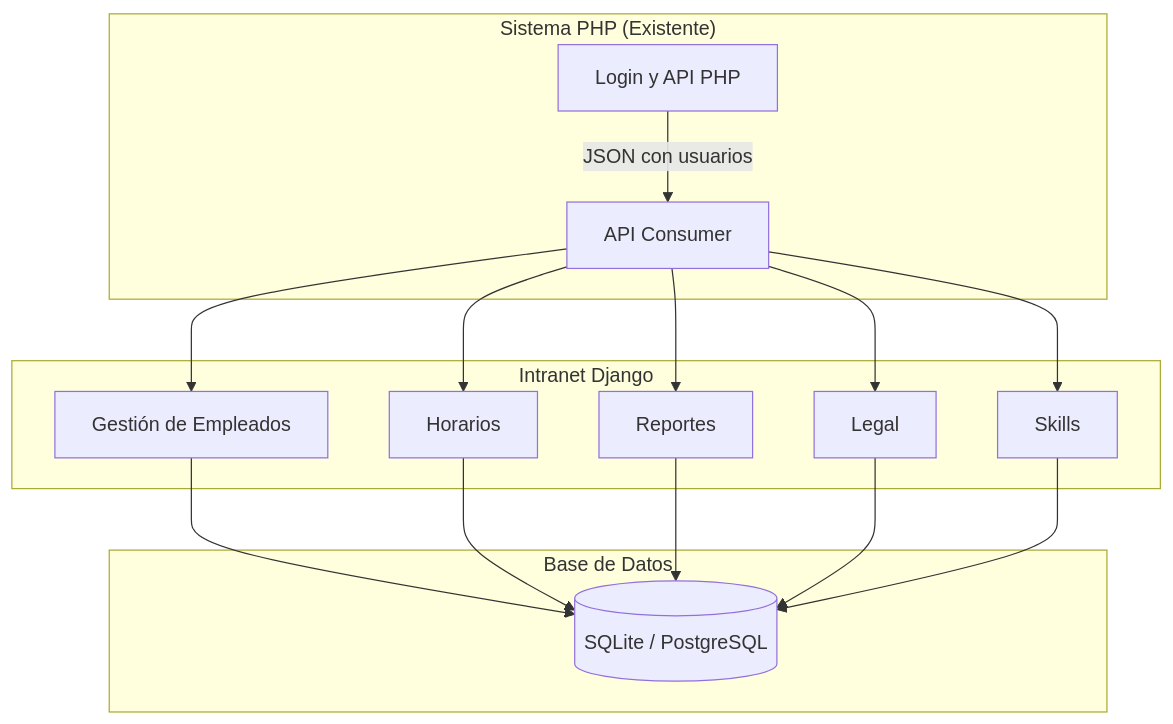
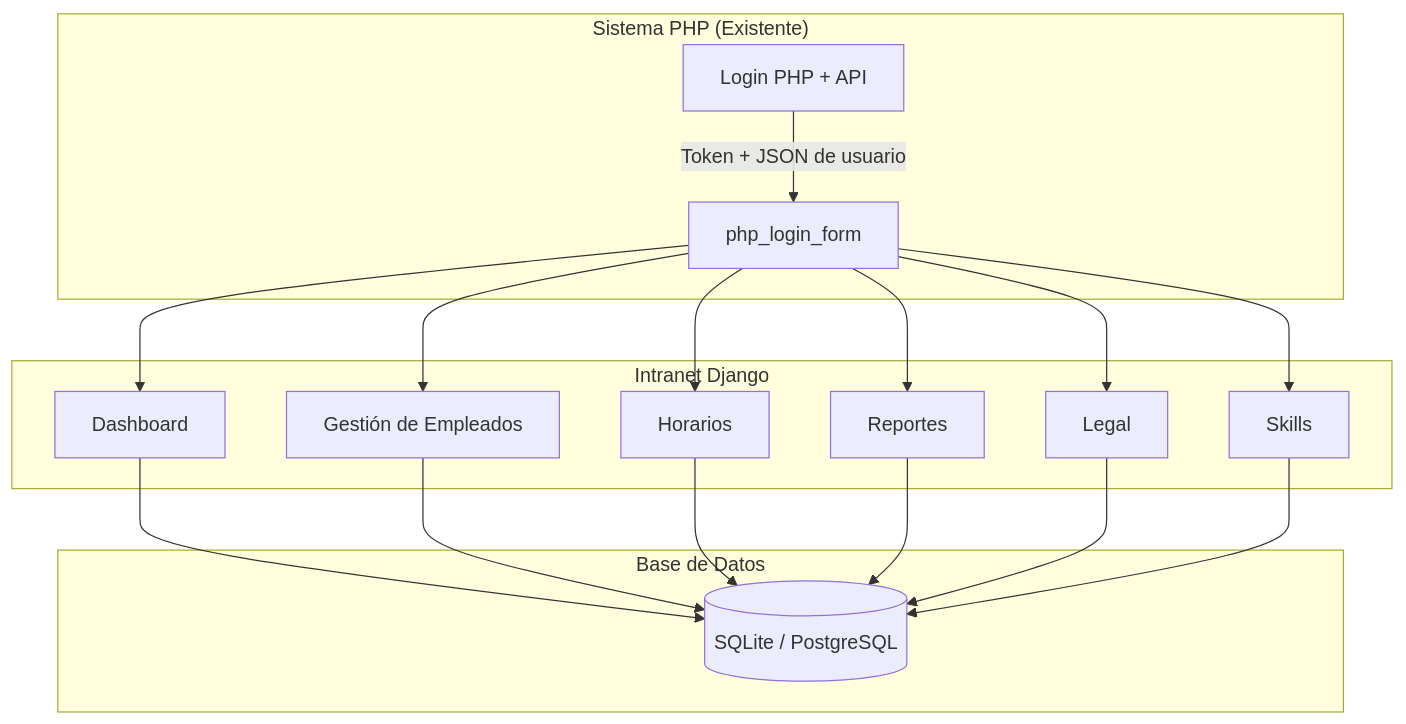
The diagram in README.md (giancarlovilch/HDES), drawn with Mermaid before and after one commit. The commit also changed other lines of this file and 30 other files, not shown here.

````diff
--- a/README.md
+++ b/README.md
@@ -67,25 +214,26 @@
 ```mermaid
 flowchart TD
     subgraph "Sistema PHP (Existente)"
-        A[Login y API PHP] -->|JSON con usuarios| B
+        A[Login PHP + API] -->|Token + JSON de usuario| B
     end
 
     subgraph "Intranet Django"
-        B[API Consumer] --> C[Gestión de Empleados]
-        B --> D[Horarios]
-        B --> E[Reportes]
-        B --> F[Legal]
-        B --> G[Skills]
+        B[php_login_form] --> C[Dashboard]
+        B --> D[Gestión de Empleados]
+        B --> E[Horarios]
+        B --> F[Reportes]
+        B --> G[Legal]
+        B --> H[Skills]
     end
 
     subgraph "Base de Datos"
-        H[(SQLite / PostgreSQL)]
+        I[(SQLite / PostgreSQL)]
     end
 
-    C --> H
-    D --> H
-    E --> H
-    F --> H
-    G --> H
-
+    C --> I
+    D --> I
+    E --> I
+    F --> I
+    G --> I
+    H --> I
 ```
````
